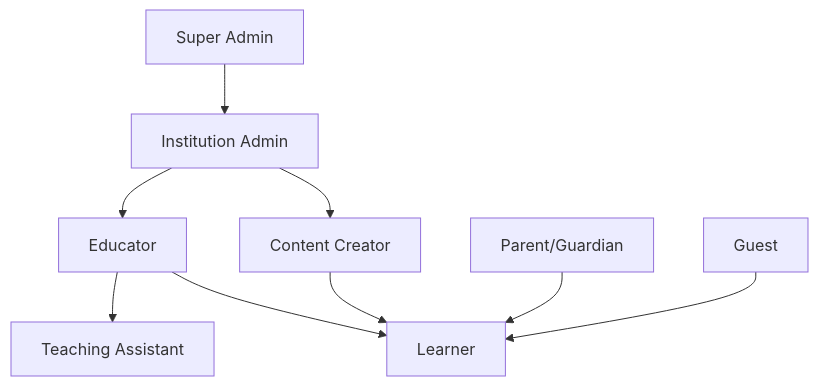
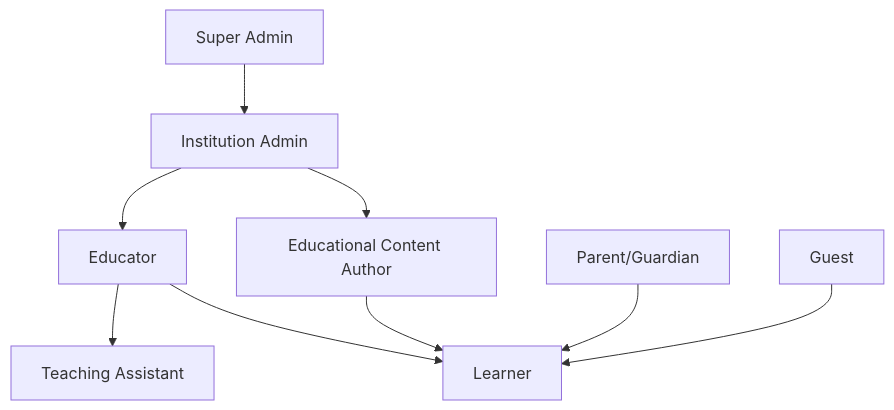
Before and after one commit to ivmarch/geniverse-docs: the diagram in docs/roles-permissions.md, drawn with Mermaid. The commit also changed other lines of this file and 3 other files, not shown here.

````diff
--- a/docs/roles-permissions.md
+++ b/docs/roles-permissions.md
@@ -7,11 +7,11 @@
 ```mermaid
 graph TD
     A[Super Admin] --> B[Institution Admin]
     B --> C[Educator]
-    B --> D[Content Creator]
+    B --> D[Educational Content Author]
     C --> E[Learner]
     C --> F[Teaching Assistant]
     D --> E
     G[Parent/Guardian] --> E
     H[Guest] --> E
 ```
````
